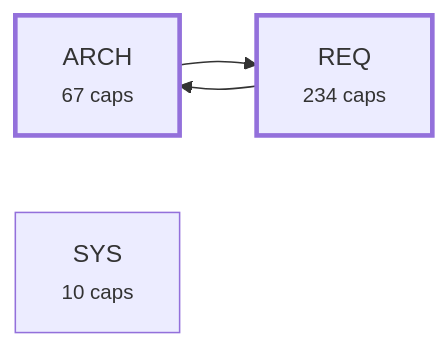
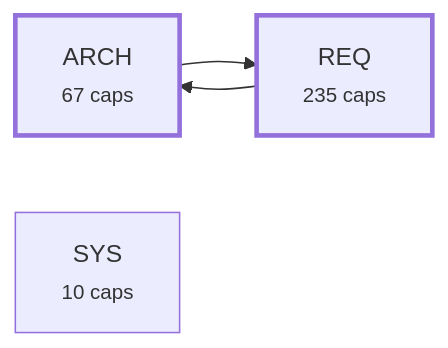
Before and after one commit to alxmax/Requirement-manager: the third of 4 diagrams in plugin/requirements/_map.md, drawn with Mermaid. The commit also changed other lines of this file and 43 other files, not shown here.

````diff
--- a/plugin/requirements/_map.md
+++ b/plugin/requirements/_map.md
@@ -1076,10 +1083,10 @@
 ```mermaid
 graph LR
   a_ARCH["ARCH<br><small>67 caps</small>"]
-  a_REQ["REQ<br><small>234 caps</small>"]
+  a_REQ["REQ<br><small>235 caps</small>"]
   a_SYS["SYS<br><small>10 caps</small>"]
   a_ARCH --> a_REQ
   a_REQ --> a_ARCH
   style a_ARCH stroke-width:3px
   style a_REQ stroke-width:3px
 ```
````
